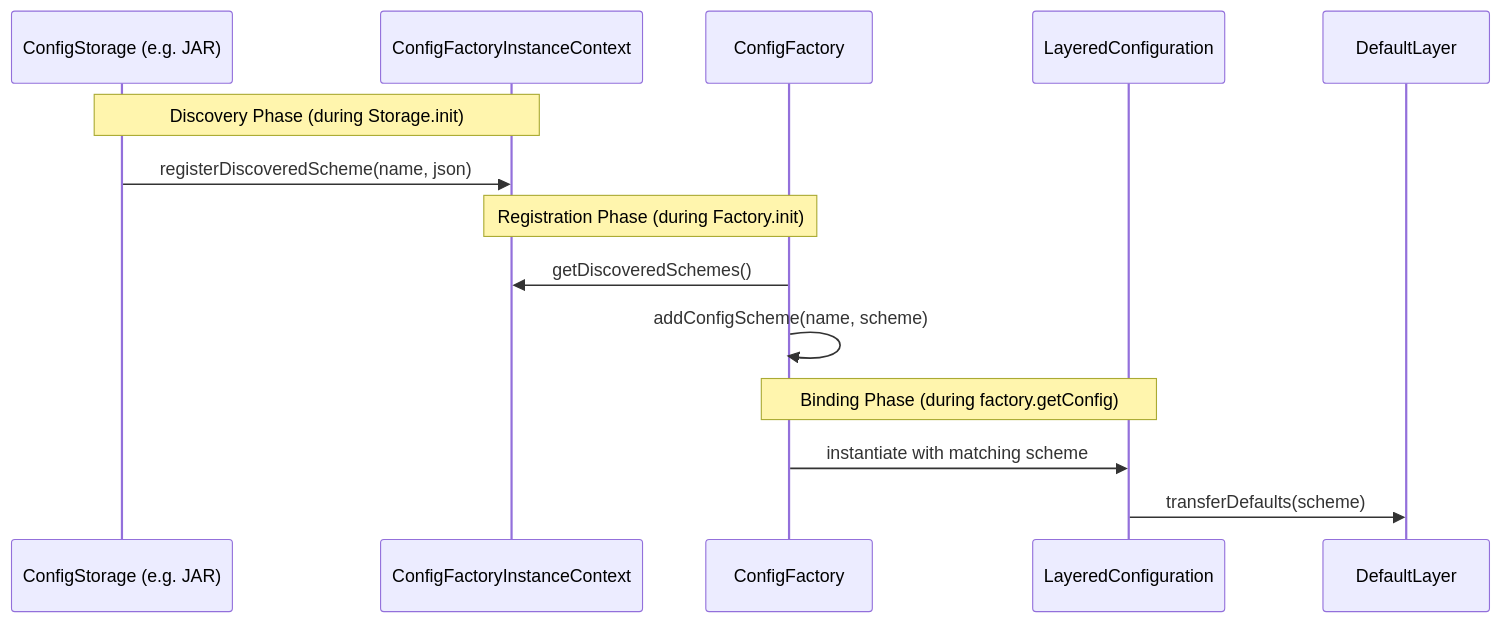
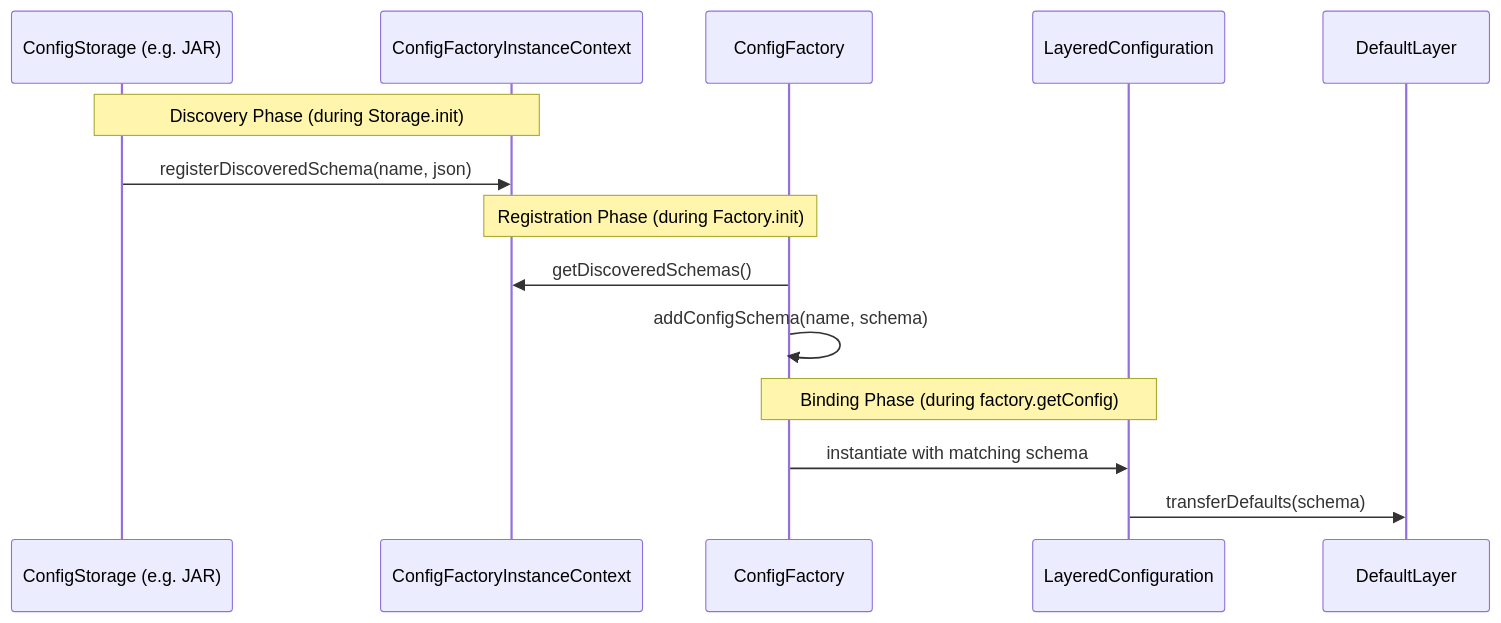
The first of 2 diagrams in documentation/src/site/markdown/44_design_consolidated.md (meta-bit/mconfig), drawn with Mermaid before and after one commit. The commit also changed other lines of this file and 258 other files, not shown here.

Commit message:
0.8.8 release scheme to schema renaming (API change) ConfigEvent (API addition, as planned) improvements in file format handling and CLI JSON-LD additions bugfixes and dependency updates

````diff
--- a/documentation/src/site/markdown/44_design_consolidated.md
+++ b/documentation/src/site/markdown/44_design_consolidated.md
@@ -247,19 +251,19 @@
 ```mermaid
 sequenceDiagram
     participant S as ConfigStorage (e.g. JAR)
     participant C as ConfigFactoryInstanceContext
     participant F as ConfigFactory
     participant L as LayeredConfiguration
     participant DL as DefaultLayer
 
     Note over S, C: Discovery Phase (during Storage.init)
-    S->>C: registerDiscoveredScheme(name, json)
+    S->>C: registerDiscoveredSchema(name, json)
     
     Note over C, F: Registration Phase (during Factory.init)
-    F->>C: getDiscoveredSchemes()
-    F->>F: addConfigScheme(name, scheme)
+    F->>C: getDiscoveredSchemas()
+    F->>F: addConfigSchema(name, schema)
     
     Note over F, L: Binding Phase (during factory.getConfig)
-    F->>L: instantiate with matching scheme
-    L->>DL: transferDefaults(scheme)
+    F->>L: instantiate with matching schema
+    L->>DL: transferDefaults(schema)
 ```
````
